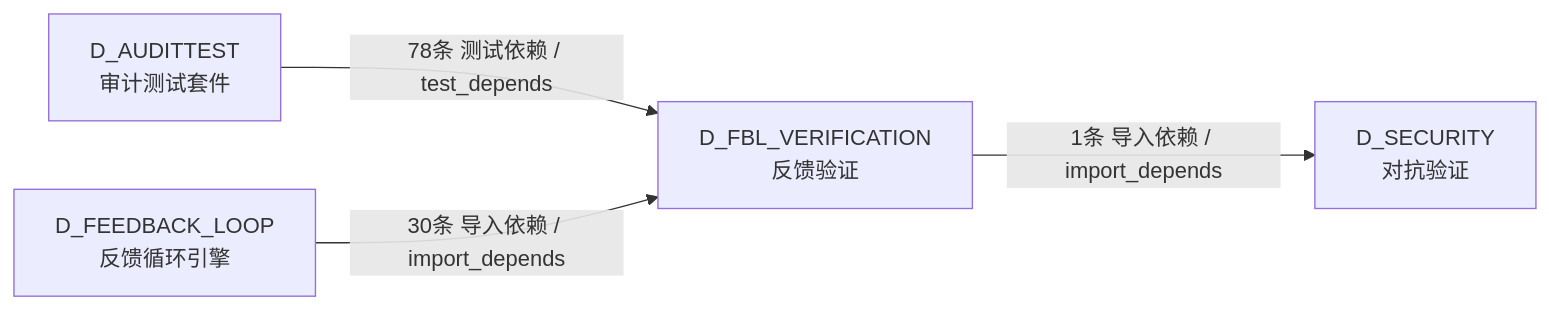
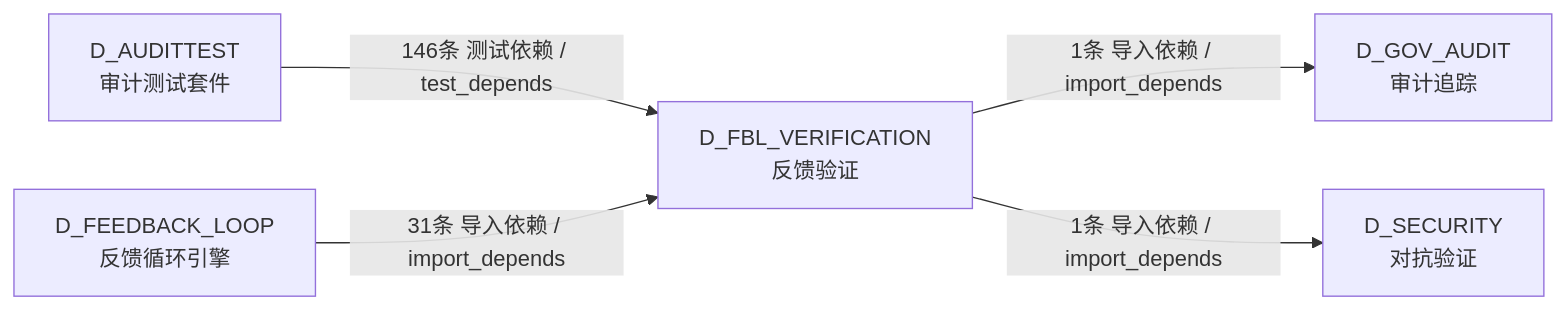
Before and after one commit to xuanFelixVan/ZephyrAlpha: the fifth of 5 diagrams in docs/02_enterprise_architecture/02_domain_architecture_docs/11_d_fbl_verification.md, drawn with Mermaid. The commit also changed other lines of this file and 112 other files, not shown here.

````diff
--- a/docs/02_enterprise_architecture/02_domain_architecture_docs/11_d_fbl_verification.md
+++ b/docs/02_enterprise_architecture/02_domain_architecture_docs/11_d_fbl_verification.md
@@ -482,10 +482,12 @@
 ```mermaid
 graph LR
     D_FBL_VERIFICATION["D_FBL_VERIFICATION<br/>反馈验证"]
+    D_GOV_AUDIT["D_GOV_AUDIT<br/>审计追踪"]
     D_SECURITY["D_SECURITY<br/>对抗验证"]
     D_AUDITTEST["D_AUDITTEST<br/>审计测试套件"]
     D_FEEDBACK_LOOP["D_FEEDBACK_LOOP<br/>反馈循环引擎"]
+    D_FBL_VERIFICATION -->|1条 导入依赖 / import_depends| D_GOV_AUDIT
     D_FBL_VERIFICATION -->|1条 导入依赖 / import_depends| D_SECURITY
-    D_AUDITTEST -->|78条 测试依赖 / test_depends| D_FBL_VERIFICATION
-    D_FEEDBACK_LOOP -->|30条 导入依赖 / import_depends| D_FBL_VERIFICATION
+    D_AUDITTEST -->|146条 测试依赖 / test_depends| D_FBL_VERIFICATION
+    D_FEEDBACK_LOOP -->|31条 导入依赖 / import_depends| D_FBL_VERIFICATION
 ```
````
